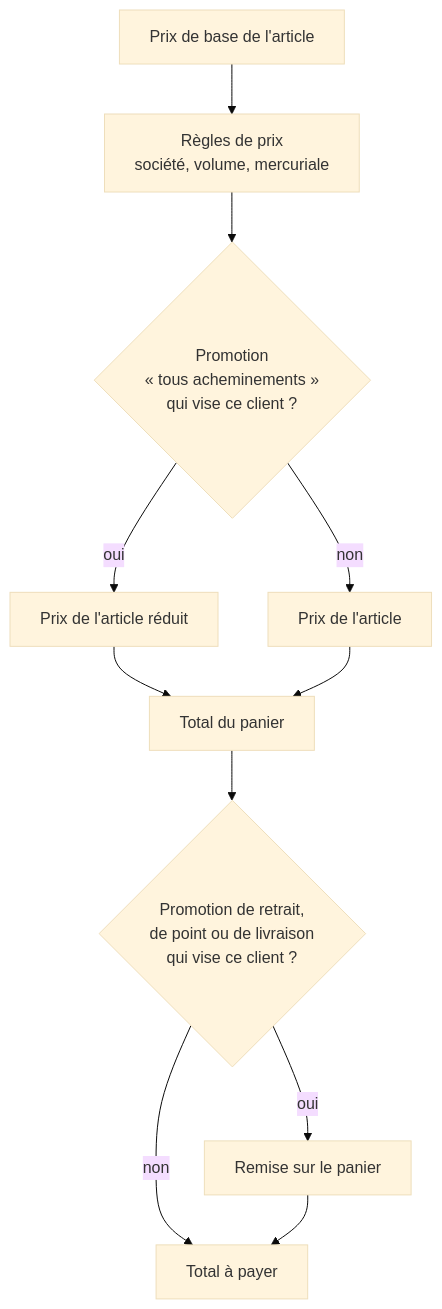
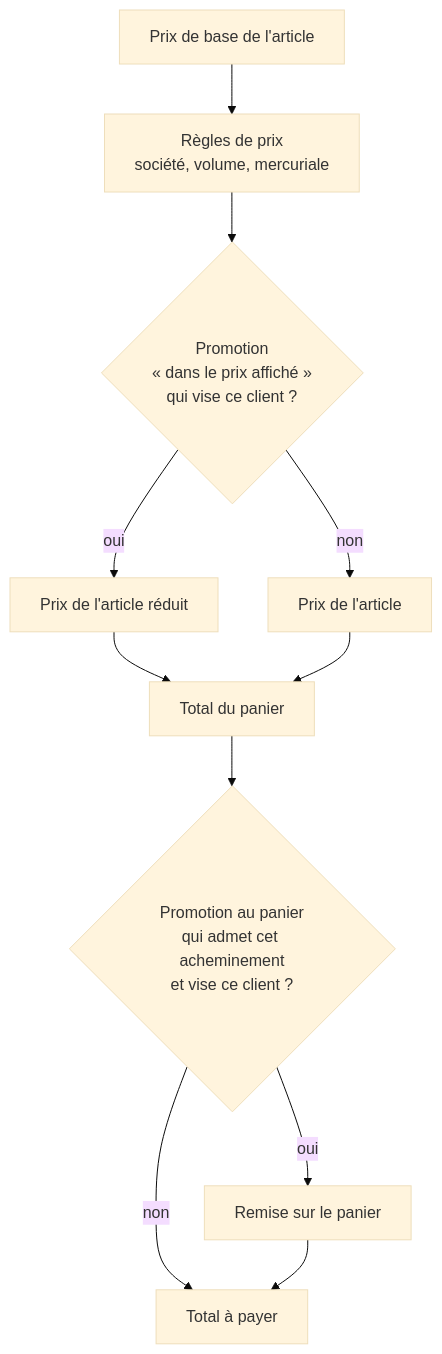
One commit to hugoheynard/lfd changed the second of 8 diagrams in documentation/promotions/promotions.md. Above: the diagram before and after it, drawn with Mermaid (base theme). The commit also changed other lines of this file and 182 other files, not shown here.

````diff
--- a/documentation/promotions/promotions.md
+++ b/documentation/promotions/promotions.md
@@ -51,13 +60,13 @@
 ```mermaid
 flowchart TD
     A["Prix de base de l'article"] --> B["Règles de prix<br/>société, volume, mercuriale"]
-    B --> C{"Promotion<br/>« tous acheminements »<br/>qui vise ce client ?"}
+    B --> C{"Promotion<br/>« dans le prix affiché »<br/>qui vise ce client ?"}
     C -->|oui| D["Prix de l'article réduit"]
     C -->|non| E["Prix de l'article"]
     D --> F["Total du panier"]
     E --> F
-    F --> G{"Promotion de retrait,<br/>de point ou de livraison<br/>qui vise ce client ?"}
+    F --> G{"Promotion au panier<br/>qui admet cet acheminement<br/>et vise ce client ?"}
     G -->|oui| H["Remise sur le panier"]
     G -->|non| I["Total à payer"]
     H --> I
 ```
````
